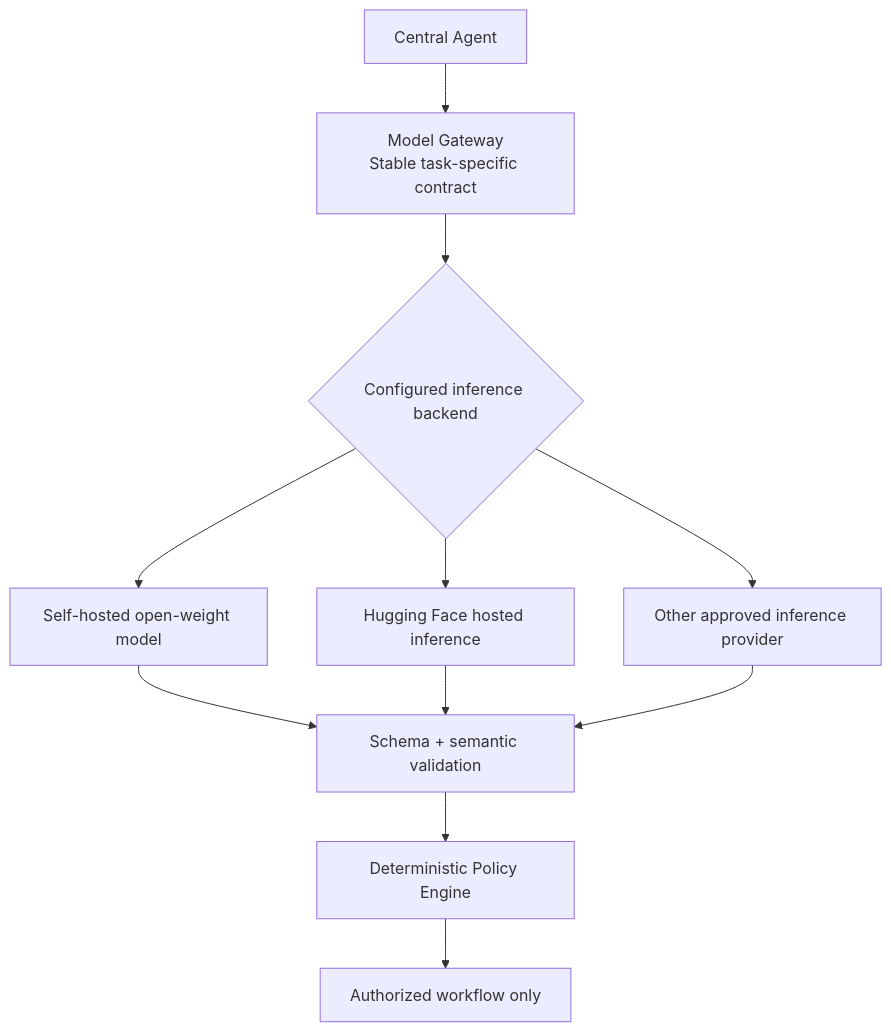
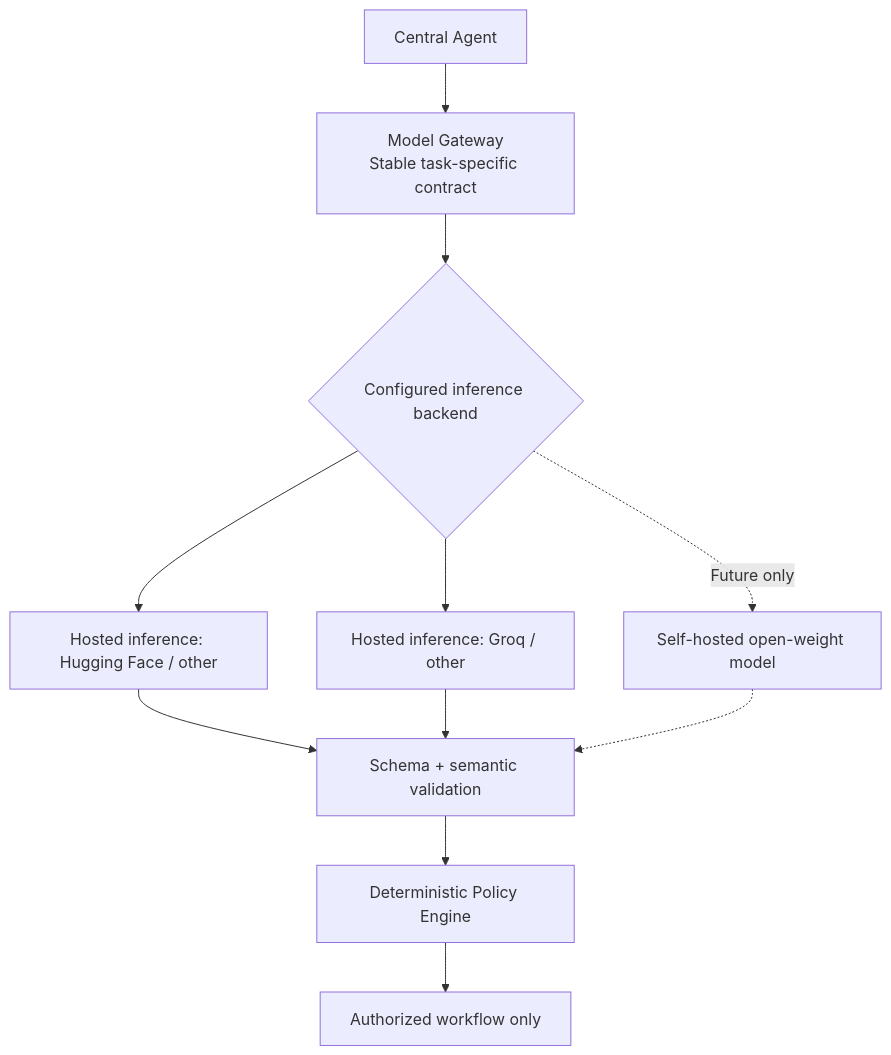
Before and after one commit to onerandomd3v/cuebik: the second of 2 diagrams in ARCHITECTURE.md, drawn with Mermaid. The commit also changed other lines of this file, not shown here.

````diff
--- a/ARCHITECTURE.md
+++ b/ARCHITECTURE.md
@@ -168,13 +166,13 @@
 ```mermaid
 flowchart TD
     AG["Central Agent"] --> G["Model Gateway<br/>Stable task-specific contract"]
     G --> P{"Configured inference backend"}
-    P --> S["Self-hosted open-weight model"]
-    P --> H["Hugging Face hosted inference"]
-    P --> O["Other approved inference provider"]
-    S --> V["Schema + semantic validation"]
-    H --> V
+    P --> H["Hosted inference: Hugging Face / other"]
+    P --> O["Hosted inference: Groq / other"]
+    P -. "Future only" .-> S["Self-hosted open-weight model"]
+    H --> V["Schema + semantic validation"]
     O --> V
+    S -.-> V
     V --> R["Deterministic Policy Engine"]
     R --> A["Authorized workflow only"]
 ```
````
